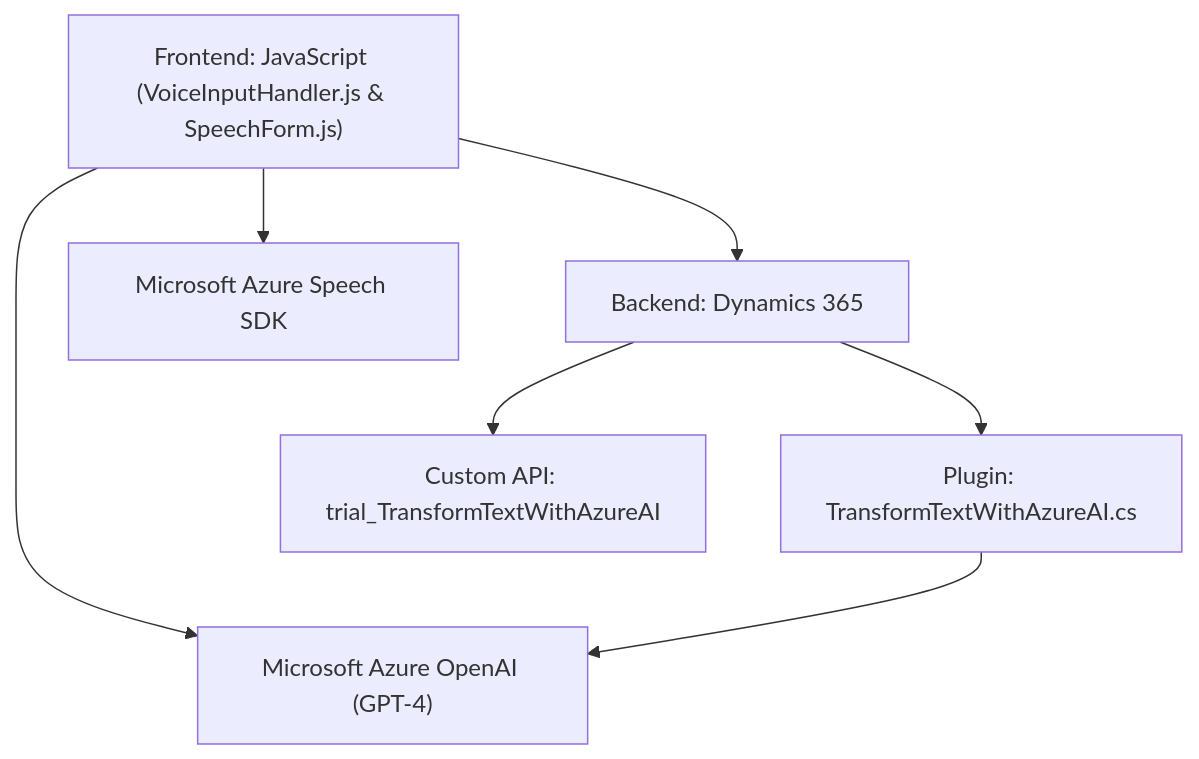
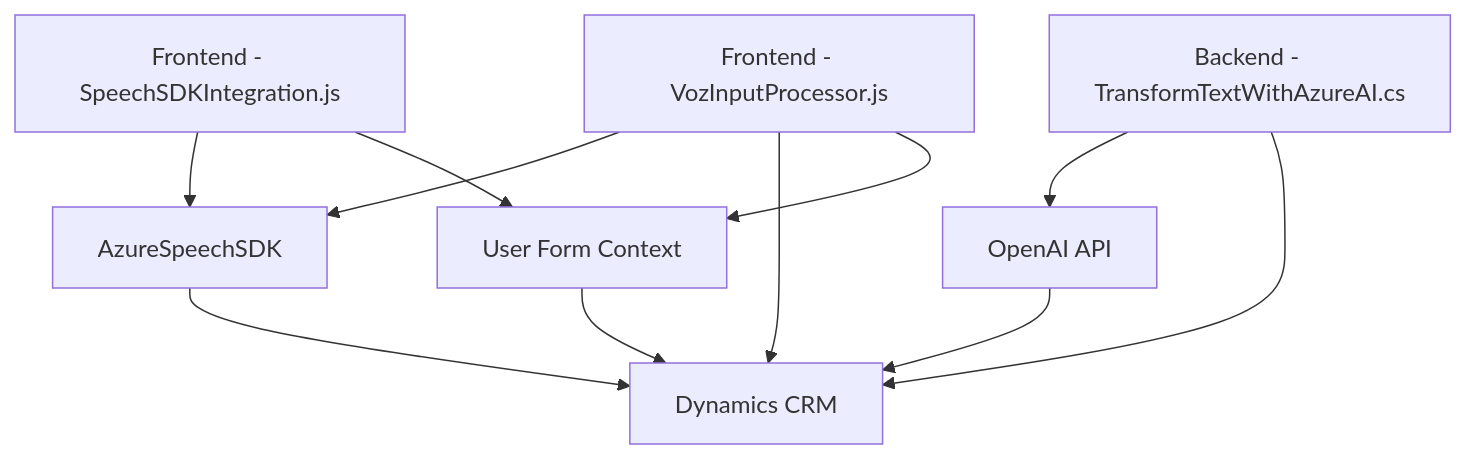
Before and after one commit to blopezdm/NETCORE_BILBAO2025: the diagram in README.md, drawn with Mermaid. The commit also changed other lines of this file, not shown here.

````diff
--- a/README.md
+++ b/README.md
@@ -57,16 +41,21 @@
 ```mermaid
 graph TD
-    A["Frontend: JavaScript (VoiceInputHandler.js & SpeechForm.js)"]
-    B["Backend: Dynamics 365"]
-    C["Microsoft Azure Speech SDK"]
-    D["Microsoft Azure OpenAI (GPT-4)"]
-    E["Plugin: TransformTextWithAzureAI.cs"]
-    F["Custom API: trial_TransformTextWithAzureAI"]
-    
-    A --> B
-    A --> C
-    A --> D
-    B --> E
-    B --> F
-    E --> D
+  A["Frontend - SpeechSDKIntegration.js"]
+  B["Frontend - VozInputProcessor.js"]
+  C["Backend - TransformTextWithAzureAI.cs"]
+  D["AzureSpeechSDK"]
+  E["OpenAI API"]
+  F["Dynamics CRM"]
+  G["User Form Context"]
+
+  A --> D
+  B --> D
+  C --> E
+  C --> F
+  B --> F
+  A --> G
+  B --> G
+  G --> F
+  D --> F
+  E --> F
 ```
````
